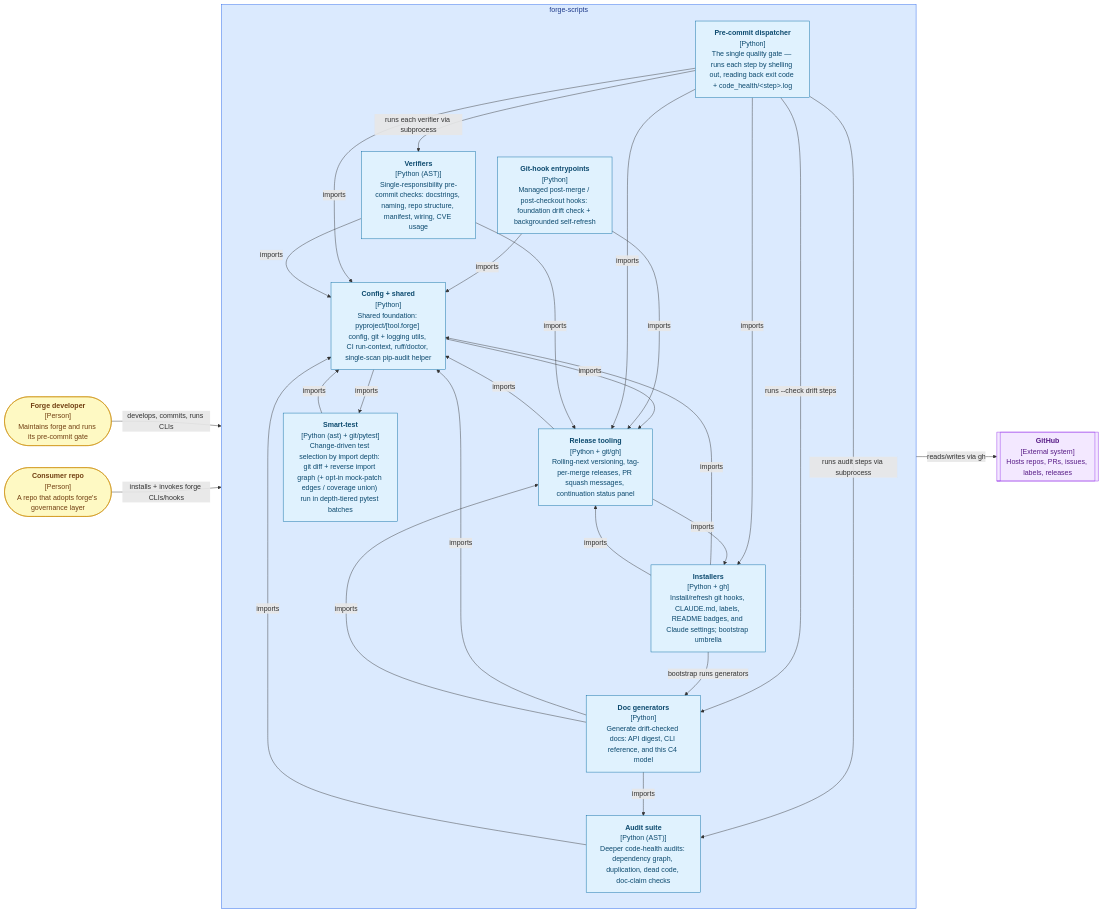
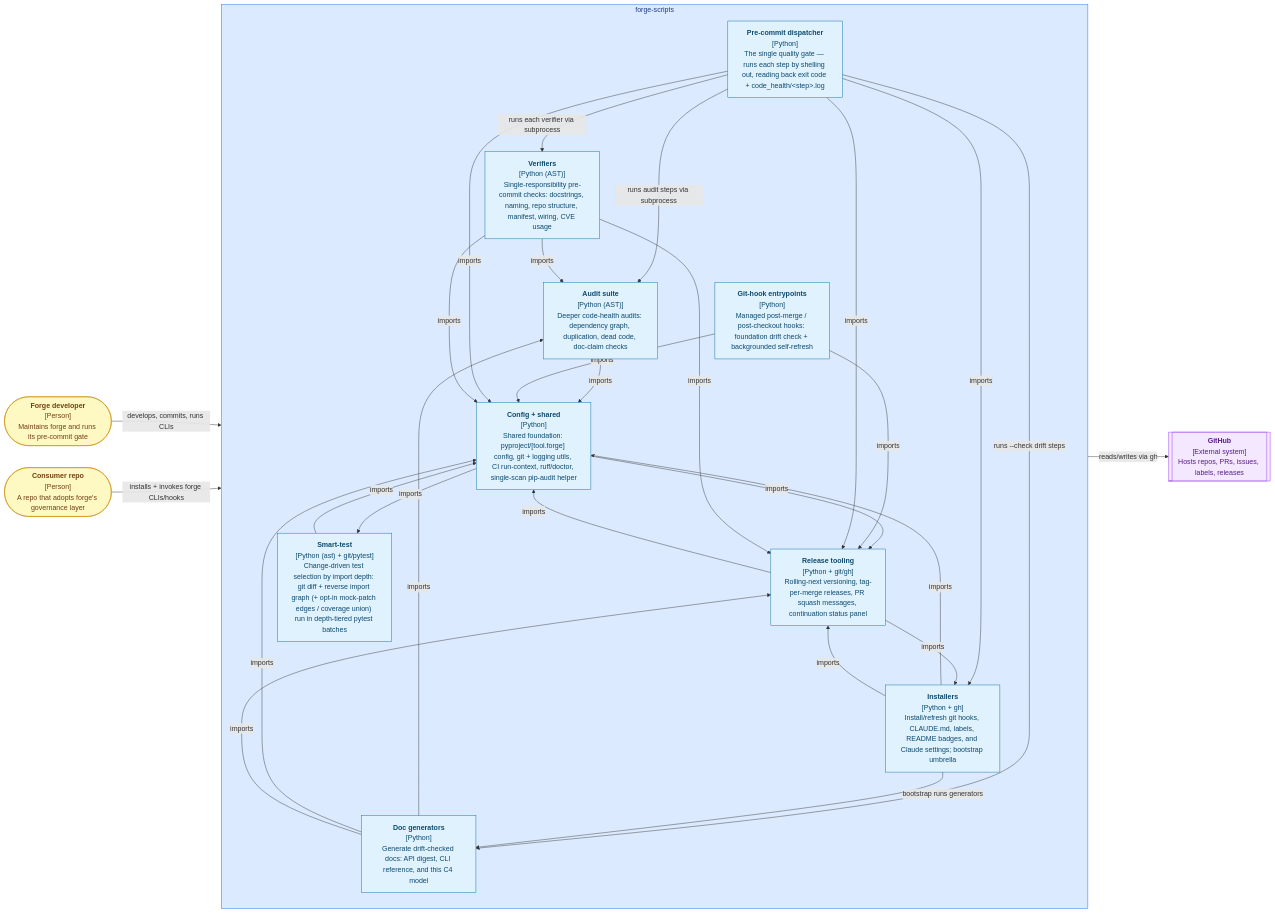
One commit to misnaej/forge changed the diagram in README.md. Above: the diagram before and after it, drawn with Mermaid. The commit also changed 8 other files, not shown here.

````diff
--- a/README.md
+++ b/README.md
@@ -123,59 +123,60 @@
 ```mermaid
 graph LR
     forge_developer(["<b>Forge developer</b><br/>[Person]<br/>Maintains forge and runs its pre-commit gate"])
     consumer_repo(["<b>Consumer repo</b><br/>[Person]<br/>A repo that adopts forge's governance layer"])
     github[["<b>GitHub</b><br/>[External system]<br/>Hosts repos, PRs, issues, labels, releases"]]
     subgraph forge_scripts["forge-scripts"]
         pre_commit_dispatcher["<b>Pre-commit dispatcher</b><br/>[Python]<br/>The single quality gate — runs each step by shelling out, reading back exit code + code_health/&lt;step&gt;.log"]
         audit_suite["<b>Audit suite</b><br/>[Python (AST)]<br/>Deeper code-health audits: dependency graph, duplication, dead code, doc-claim checks"]
         verifiers["<b>Verifiers</b><br/>[Python (AST)]<br/>Single-responsibility pre-commit checks: docstrings, naming, repo structure, manifest, wiring, CVE usage"]
         installers["<b>Installers</b><br/>[Python + gh]<br/>Install/refresh git hooks, CLAUDE.md, labels, README badges, and Claude settings; bootstrap umbrella"]
         doc_generators["<b>Doc generators</b><br/>[Python]<br/>Generate drift-checked docs: API digest, CLI reference, and this C4 model"]
         git_hook_entrypoints["<b>Git-hook entrypoints</b><br/>[Python]<br/>Managed post-merge / post-checkout hooks: foundation drift check + backgrounded self-refresh"]
         release_tooling["<b>Release tooling</b><br/>[Python + git/gh]<br/>Rolling-next versioning, tag-per-merge releases, PR squash messages, continuation status panel"]
         smart_test["<b>Smart-test</b><br/>[Python (ast) + git/pytest]<br/>Change-driven test selection by import depth: git diff + reverse import graph (+ opt-in mock-patch edges / coverage union) run in depth-tiered pytest batches"]
         config_shared["<b>Config + shared</b><br/>[Python]<br/>Shared foundation: pyproject/[tool.forge] config, git + logging utils, CI run-context, ruff/doctor, single-scan pip-audit helper"]
     end
     forge_developer -->|"develops, commits, runs CLIs"| forge_scripts
     consumer_repo -->|"installs + invokes forge CLIs/hooks"| forge_scripts
     forge_scripts -->|"reads/writes via gh"| github
     pre_commit_dispatcher -->|"runs each verifier via subprocess"| verifiers
     pre_commit_dispatcher -->|"runs audit steps via subprocess"| audit_suite
     pre_commit_dispatcher -->|"runs --check drift steps"| doc_generators
     installers -->|"bootstrap runs generators"| doc_generators
     audit_suite -->|"imports"| config_shared
     config_shared -->|"imports"| release_tooling
     config_shared -->|"imports"| smart_test
     doc_generators -->|"imports"| audit_suite
     doc_generators -->|"imports"| config_shared
     doc_generators -->|"imports"| release_tooling
     git_hook_entrypoints -->|"imports"| config_shared
     git_hook_entrypoints -->|"imports"| release_tooling
     installers -->|"imports"| config_shared
     installers -->|"imports"| release_tooling
     pre_commit_dispatcher -->|"imports"| config_shared
     pre_commit_dispatcher -->|"imports"| installers
     pre_commit_dispatcher -->|"imports"| release_tooling
     release_tooling -->|"imports"| config_shared
     release_tooling -->|"imports"| installers
     smart_test -->|"imports"| config_shared
+    verifiers -->|"imports"| audit_suite
     verifiers -->|"imports"| config_shared
     verifiers -->|"imports"| release_tooling
     classDef component fill:#e0f2fe,stroke:#0369a1,color:#0c4a6e
     classDef container fill:#dbeafe,stroke:#2563eb,color:#1e3a8a
     classDef external fill:#f3e8ff,stroke:#9333ea,color:#581c87
     classDef person fill:#fef9c3,stroke:#ca8a04,color:#713f12
     class forge_developer person
     class consumer_repo person
     class github external
     class forge_scripts container
     class pre_commit_dispatcher component
     class audit_suite component
     class verifiers component
     class installers component
     class doc_generators component
     class git_hook_entrypoints component
     class release_tooling component
     class smart_test component
     class config_shared component
 ```
````
